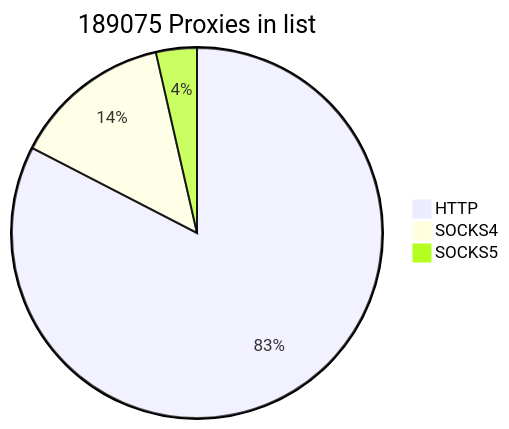
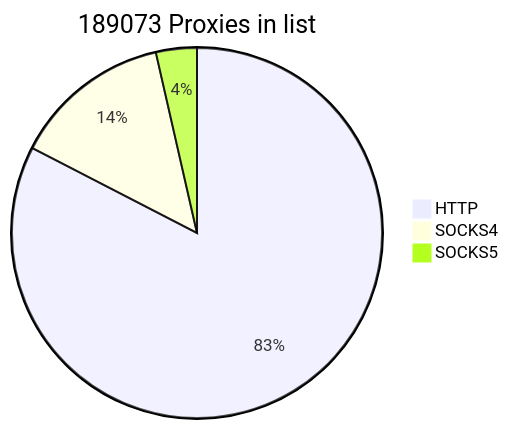
Before and after one commit to cutipu/proxylist: the first of 2 diagrams in README.md, drawn with Mermaid. The commit also changed other lines of this file, not shown here.

````diff
--- a/README.md
+++ b/README.md
@@ -9,7 +9,7 @@
 ```mermaid
-pie title 189075 Proxies in list
-    "HTTP" : 156135
+pie title 189073 Proxies in list
+    "HTTP" : 156132
     "SOCKS4" : 26196
-    "SOCKS5" : 6744
+    "SOCKS5" : 6745
             
 ```
````
